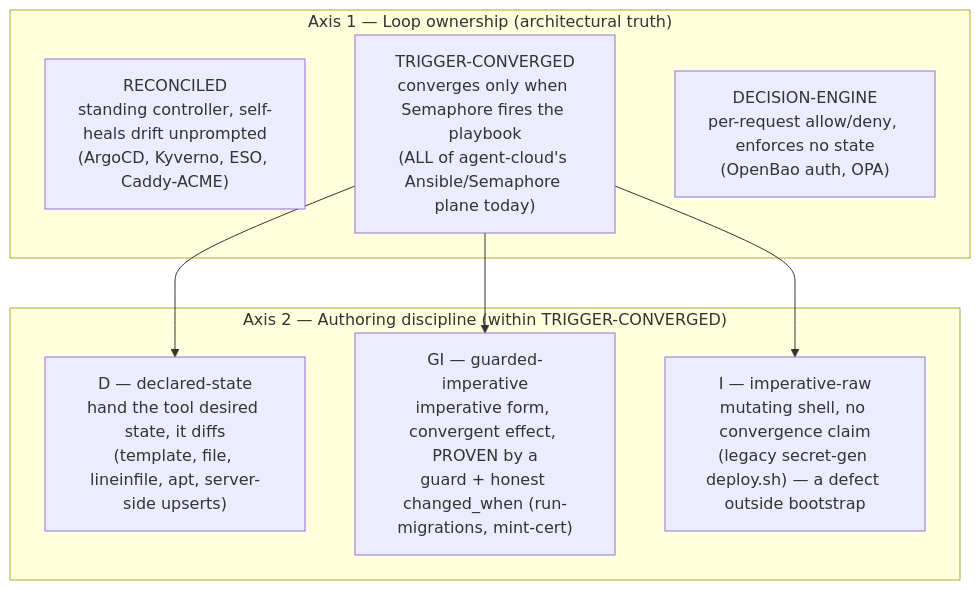
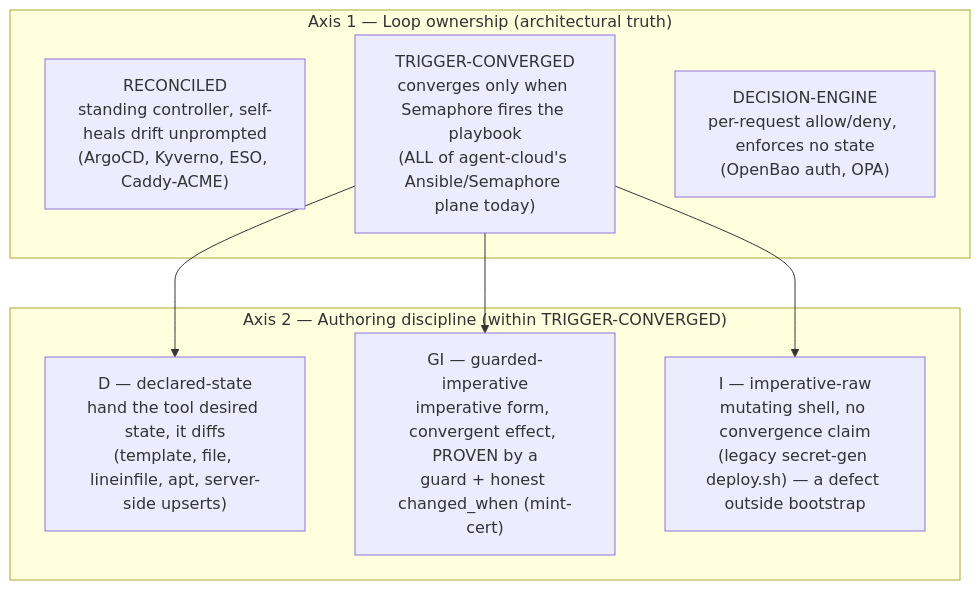
One commit to uhstray-io/agent-cloud changed the sixth of 7 diagrams in plan/architecture/01-automation-model.md. Above: the diagram before and after it, drawn with Mermaid. The commit also changed other lines of this file and 3 other files, not shown here.

````diff
--- a/plan/architecture/01-automation-model.md
+++ b/plan/architecture/01-automation-model.md
@@ -735,16 +735,16 @@
 ```mermaid
 flowchart TB
   subgraph A1["Axis 1 — Loop ownership (architectural truth)"]
     R["RECONCILED<br/>standing controller, self-heals drift unprompted<br/>(ArgoCD, Kyverno, ESO, Caddy-ACME)"]
     T["TRIGGER-CONVERGED<br/>converges only when Semaphore fires the playbook<br/>(ALL of agent-cloud's Ansible/Semaphore plane today)"]
     D["DECISION-ENGINE<br/>per-request allow/deny, enforces no state<br/>(OpenBao auth, OPA)"]
   end
   subgraph A2["Axis 2 — Authoring discipline (within TRIGGER-CONVERGED)"]
     DS["D — declared-state<br/>hand the tool desired state, it diffs<br/>(template, file, lineinfile, apt, server-side upserts)"]
-    GI["GI — guarded-imperative<br/>imperative form, convergent effect, PROVEN by a<br/>guard + honest changed_when (run-migrations, mint-cert)"]
+    GI["GI — guarded-imperative<br/>imperative form, convergent effect, PROVEN by a<br/>guard + honest changed_when (mint-cert)"]
     IR["I — imperative-raw<br/>mutating shell, no convergence claim<br/>(legacy secret-gen deploy.sh) — a defect outside bootstrap"]
   end
   T --> DS
   T --> GI
   T --> IR
 ```
````
